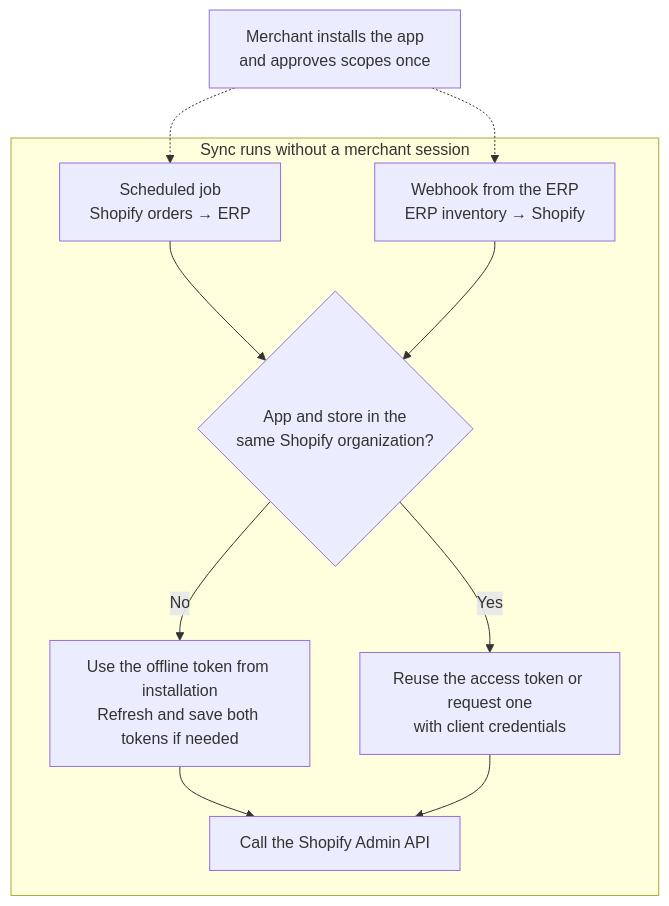
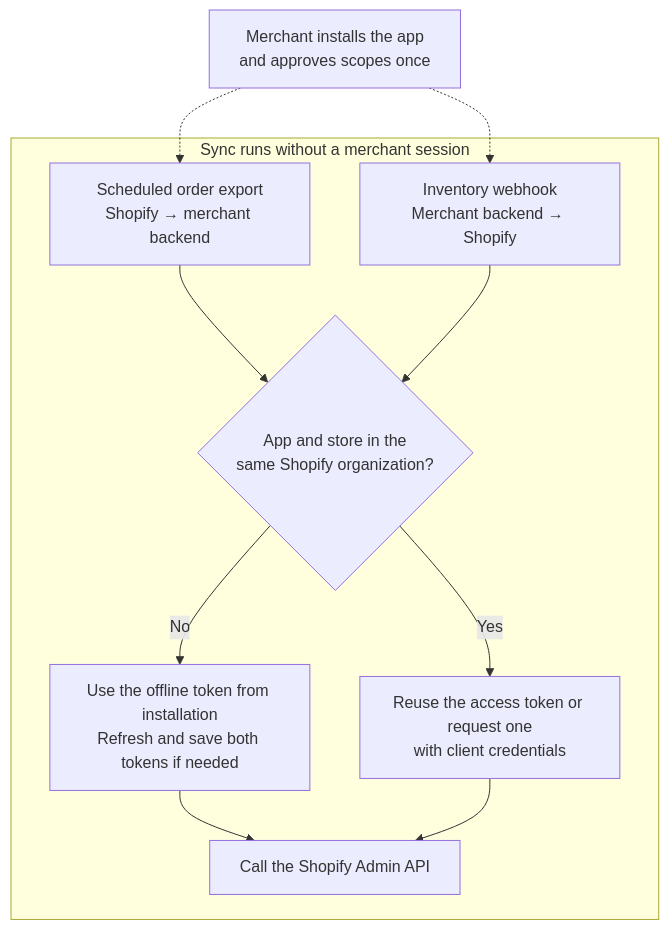
Before and after one commit to benzookapi/shopify-barebone-app-sample: the fourth of 10 diagrams in docs/00-ARCHITECTURE.md, drawn with Mermaid. The commit also changed other lines of this file and 1 other file, not shown here.

Commit message:
Describe integrations with merchant backend systems

````diff
--- a/docs/00-ARCHITECTURE.md
+++ b/docs/00-ARCHITECTURE.md
@@ -119,16 +119,16 @@
 ```mermaid
 flowchart TD
     Install["Merchant installs the app<br/>and approves scopes once"]
     subgraph Runtime["Sync runs without a merchant session"]
-        Nightly["Scheduled job<br/>Shopify orders → ERP"]
-        Webhook["Webhook from the ERP<br/>ERP inventory → Shopify"]
+        Nightly["Scheduled order export<br/>Shopify → merchant backend"]
+        Webhook["Inventory webhook<br/>Merchant backend → Shopify"]
         Nightly --> Owner{"App and store in the<br/>same Shopify organization?"}
         Webhook --> Owner
         Owner -->|No| Offline["Use the offline token from installation<br/>Refresh and save both tokens if needed"]
         Owner -->|Yes| Credentials["Reuse the access token or request one<br/>with client credentials"]
         Offline --> API["Call the Shopify Admin API"]
         Credentials --> API
     end
     Install -.-> Nightly
     Install -.-> Webhook
 ```
````
